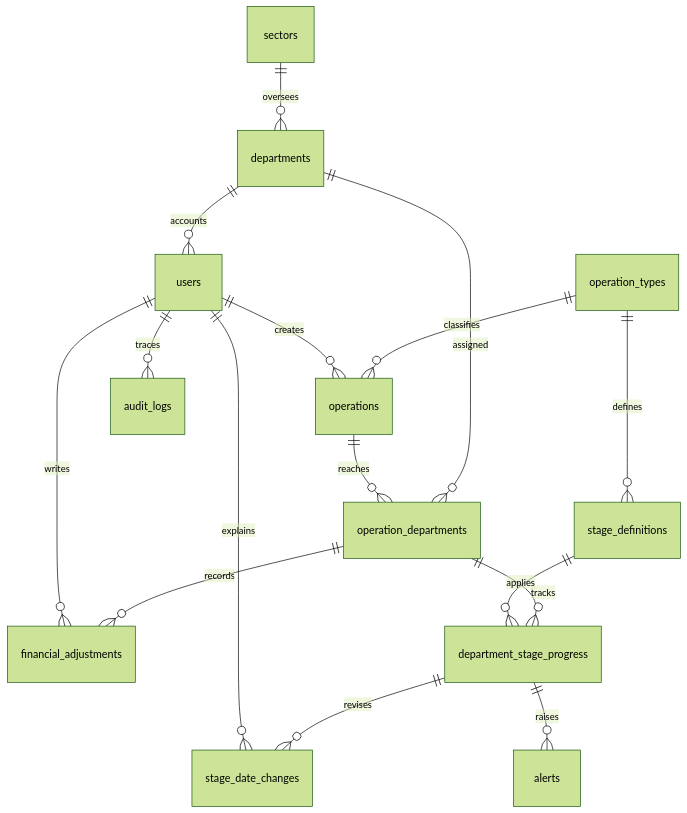
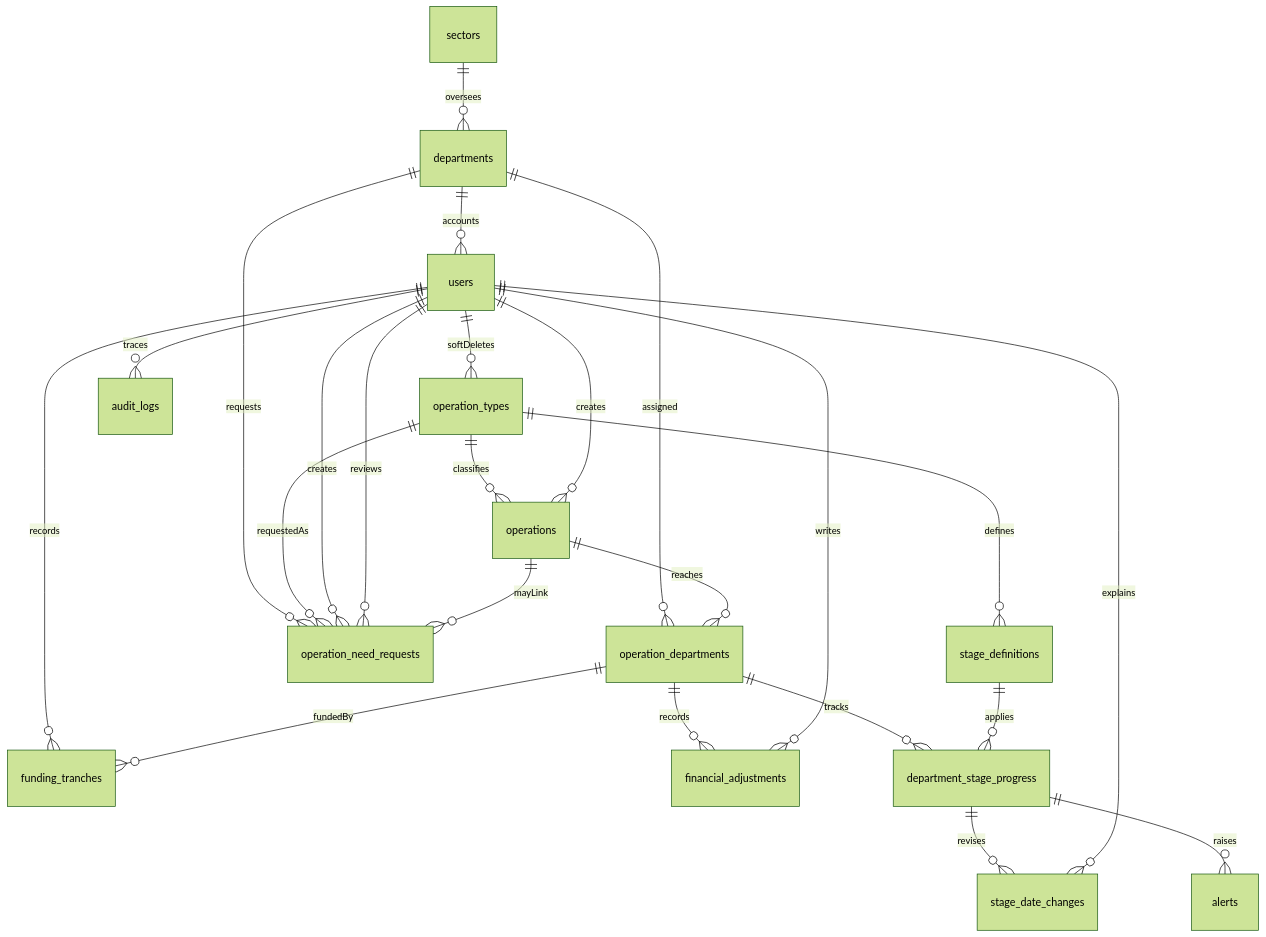
The diagram in docs/operio_erd.mermaid (Ahmedrashed1619/Water-Resourses), drawn with Mermaid (forest theme) before and after one commit. The commit also changed 43 other files, not shown here.

Commit message:
Enhance database schema by adding funding_tranches and operation_need_requests tables. Update package.json to include additional test files. Modify ERD documentation to reflect new relationships and entities. Improve dashboard and department pages for better user experience and data presentation.

```diff
--- a/docs/operio_erd.mermaid
+++ b/docs/operio_erd.mermaid
@@ -1,16 +1,24 @@
 erDiagram
   sectors ||--o{ departments : oversees
   departments ||--o{ users : accounts
   departments ||--o{ operation_departments : assigned
+  departments ||--o{ operation_need_requests : requests
   operation_types ||--o{ stage_definitions : defines
   operation_types ||--o{ operations : classifies
+  operation_types ||--o{ operation_need_requests : requestedAs
   users ||--o{ operations : creates
+  users ||--o{ operation_types : softDeletes
+  users ||--o{ funding_tranches : records
+  users ||--o{ operation_need_requests : creates
+  users ||--o{ operation_need_requests : reviews
   operations ||--o{ operation_departments : reaches
+  operations ||--o{ operation_need_requests : mayLink
   operation_departments ||--o{ financial_adjustments : records
+  operation_departments ||--o{ funding_tranches : fundedBy
   operation_departments ||--o{ department_stage_progress : tracks
   stage_definitions ||--o{ department_stage_progress : applies
   department_stage_progress ||--o{ stage_date_changes : revises
   department_stage_progress ||--o{ alerts : raises
   users ||--o{ financial_adjustments : writes
   users ||--o{ stage_date_changes : explains
   users ||--o{ audit_logs : traces
```
